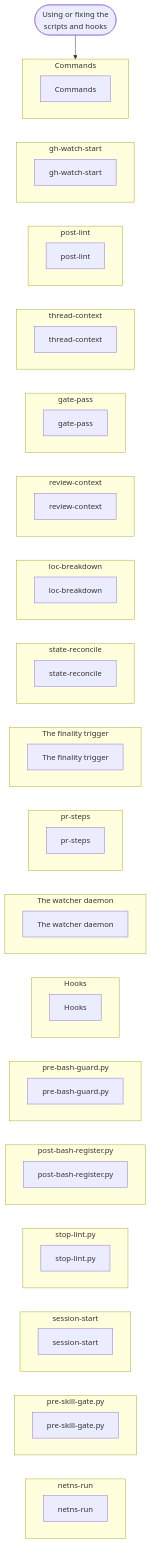
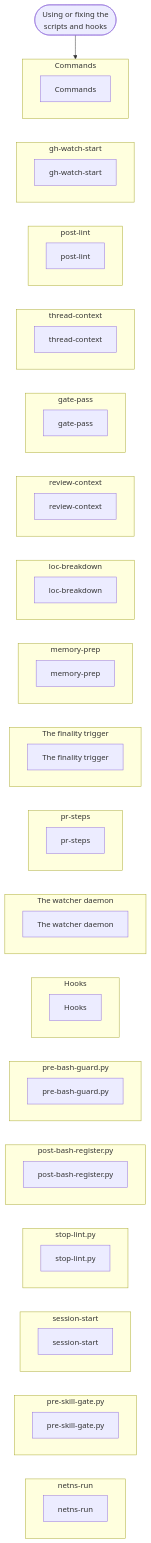
One commit to nitedani-agent/mergeworthy changed diagram 18 of 18 in docs/graphs.md. Above: the diagram before and after it, drawn with Mermaid. The commit also changed 15 other files, not shown here.

````diff
--- a/docs/graphs.md
+++ b/docs/graphs.md
@@ -508,76 +508,76 @@
 ```mermaid
 flowchart TB
   start(["Using or fixing the<br/>scripts and hooks"])
   subgraph g0["Commands"]
     s0["Commands"]
   end
   subgraph g1["gh-watch-start"]
     s1["gh-watch-start"]
   end
   subgraph g2["post-lint"]
     s2["post-lint"]
   end
   subgraph g3["thread-context"]
     s3["thread-context"]
   end
   subgraph g4["gate-pass"]
     s4["gate-pass"]
   end
   subgraph g5["review-context"]
     s5["review-context"]
   end
   subgraph g6["loc-breakdown"]
     s6["loc-breakdown"]
   end
-  subgraph g7["state-reconcile"]
-    s7["state-reconcile"]
+  subgraph g7["memory-prep"]
+    s7["memory-prep"]
   end
   subgraph g8["The finality trigger"]
     s8["The finality trigger"]
   end
   subgraph g9["pr-steps"]
     s9["pr-steps"]
   end
   subgraph g10["The watcher daemon"]
     s10["The watcher daemon"]
   end
   subgraph g11["Hooks"]
     s11["Hooks"]
   end
   subgraph g12["pre-bash-guard.py"]
     s12["pre-bash-guard.py"]
   end
   subgraph g13["post-bash-register.py"]
     s13["post-bash-register.py"]
   end
   subgraph g14["stop-lint.py"]
     s14["stop-lint.py"]
   end
   subgraph g15["session-start"]
     s15["session-start"]
   end
   subgraph g16["pre-skill-gate.py"]
     s16["pre-skill-gate.py"]
   end
   subgraph g17["netns-run"]
     s17["netns-run"]
   end
   start --> g0
   g0 ~~~ g1
   g1 ~~~ g2
   g2 ~~~ g3
   g3 ~~~ g4
   g4 ~~~ g5
   g5 ~~~ g6
   g6 ~~~ g7
   g7 ~~~ g8
   g8 ~~~ g9
   g9 ~~~ g10
   g10 ~~~ g11
   g11 ~~~ g12
   g12 ~~~ g13
   g13 ~~~ g14
   g14 ~~~ g15
   g15 ~~~ g16
   g16 ~~~ g17
 ```
````
